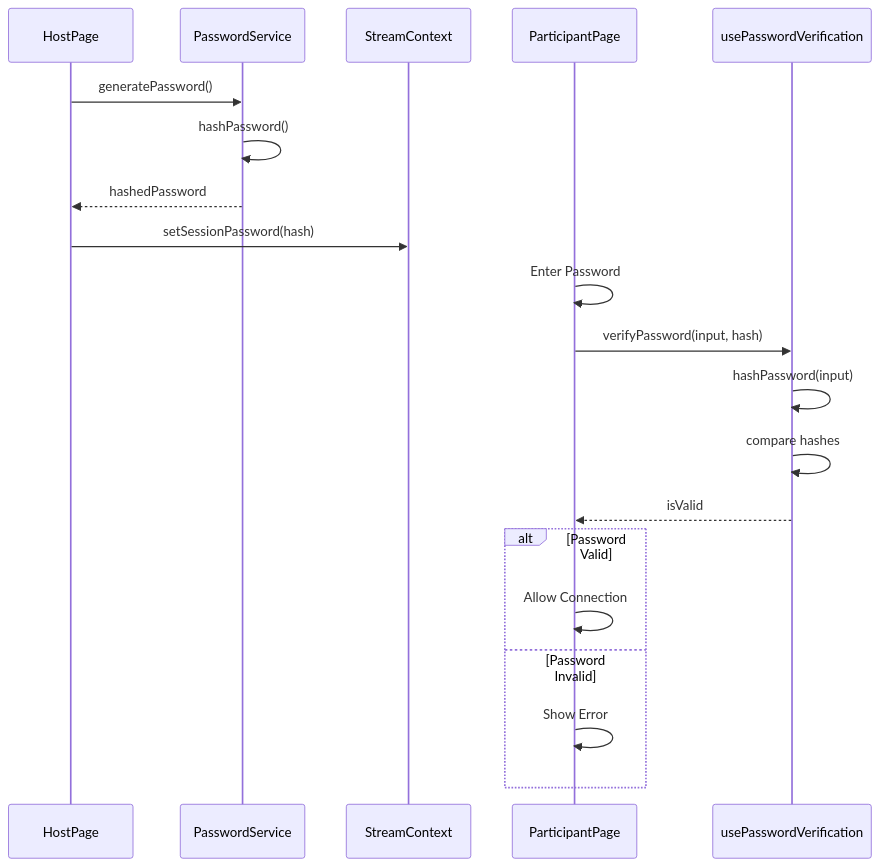
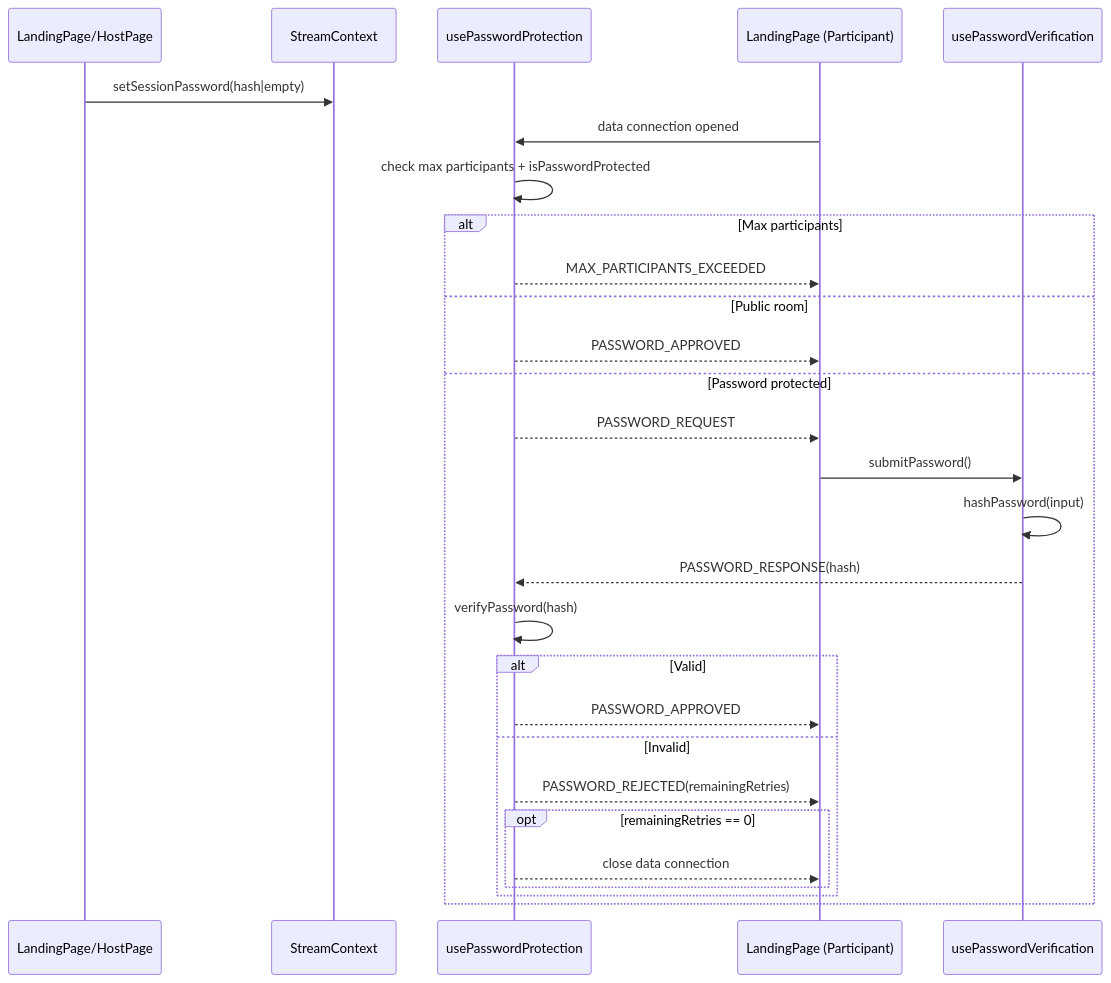
Before and after one commit to BackGwa/Perspective: the second of 9 diagrams in ARCHITECTURE.md, drawn with Mermaid. The commit also changed other lines of this file, not shown here.

Commit message:
Expand architecture docs with detailed flow diagrams

````diff
--- a/ARCHITECTURE.md
+++ b/ARCHITECTURE.md
@@ -37,25 +57,32 @@
 ```mermaid
 sequenceDiagram
-    participant Host as HostPage
-    participant PwdS as PasswordService
+    participant Host as LandingPage/HostPage
     participant SC as StreamContext
-    participant Part as ParticipantPage
+    participant PwdH as usePasswordProtection
+    participant Part as LandingPage (Participant)
     participant PwdV as usePasswordVerification
 
-    Host->>PwdS: generatePassword()
-    PwdS->>PwdS: hashPassword()
-    PwdS-->>Host: hashedPassword
-    Host->>SC: setSessionPassword(hash)
+    Host->>SC: setSessionPassword(hash|empty)
+    Part->>PwdH: data connection opened
+    PwdH->>PwdH: check max participants + isPasswordProtected
 
-    Part->>Part: Enter Password
-    Part->>PwdV: verifyPassword(input, hash)
-    PwdV->>PwdV: hashPassword(input)
-    PwdV->>PwdV: compare hashes
-    PwdV-->>Part: isValid
-
-    alt Password Valid
-        Part->>Part: Allow Connection
-    else Password Invalid
-        Part->>Part: Show Error
+    alt Max participants
+        PwdH-->>Part: MAX_PARTICIPANTS_EXCEEDED
+    else Public room
+        PwdH-->>Part: PASSWORD_APPROVED
+    else Password protected
+        PwdH-->>Part: PASSWORD_REQUEST
+        Part->>PwdV: submitPassword()
+        PwdV->>PwdV: hashPassword(input)
+        PwdV-->>PwdH: PASSWORD_RESPONSE(hash)
+        PwdH->>PwdH: verifyPassword(hash)
+        alt Valid
+            PwdH-->>Part: PASSWORD_APPROVED
+        else Invalid
+            PwdH-->>Part: PASSWORD_REJECTED(remainingRetries)
+            opt remainingRetries == 0
+                PwdH-->>Part: close data connection
+            end
+        end
     end
 ```
````
